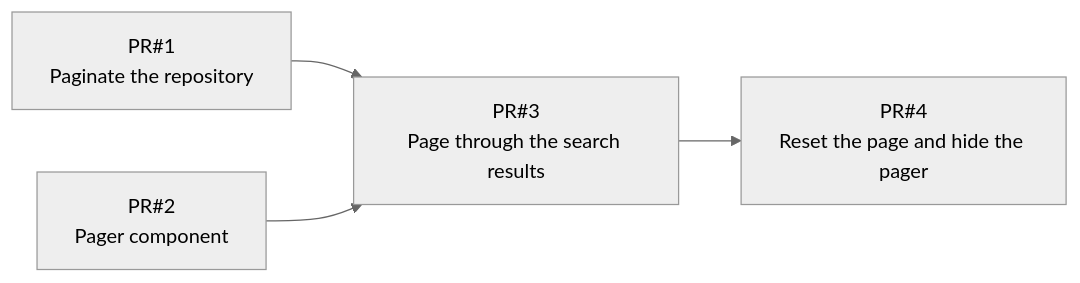
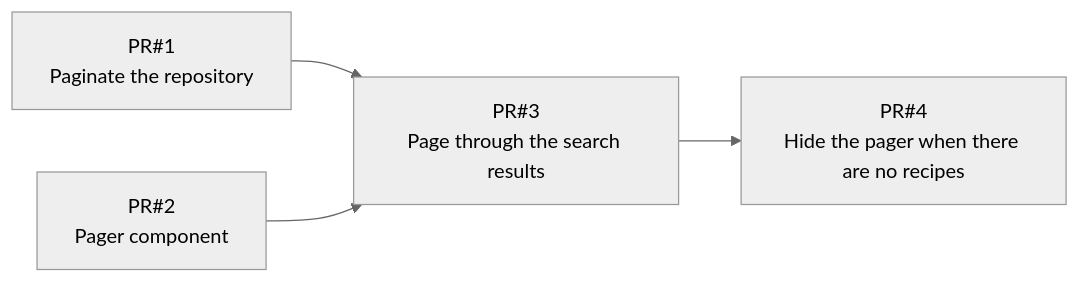
One commit to marmicode/from-drift-to-trust-workshop changed the second of 2 diagrams in apps/403-charted-implementation-solution/workspace/design-docs/001-recipe-search-pagination.md. Above: the diagram before and after it, drawn with Mermaid (neutral theme). The commit also changed other lines of this file and 6 other files, not shown here.

````diff
--- a/apps/403-charted-implementation-solution/workspace/design-docs/001-recipe-search-pagination.md
+++ b/apps/403-charted-implementation-solution/workspace/design-docs/001-recipe-search-pagination.md
@@ -51,11 +51,11 @@
 ```mermaid
 flowchart LR
   PR1["PR#1<br>Paginate the repository"]
   PR2["PR#2<br>Pager component"]
   PR3["PR#3<br>Page through the search results"]
-  PR4["PR#4<br>Reset the page and hide the pager"]
+  PR4["PR#4<br>Hide the pager when there are no recipes"]
 
   PR1 --> PR3
   PR2 --> PR3
   PR3 --> PR4
 ```
````
